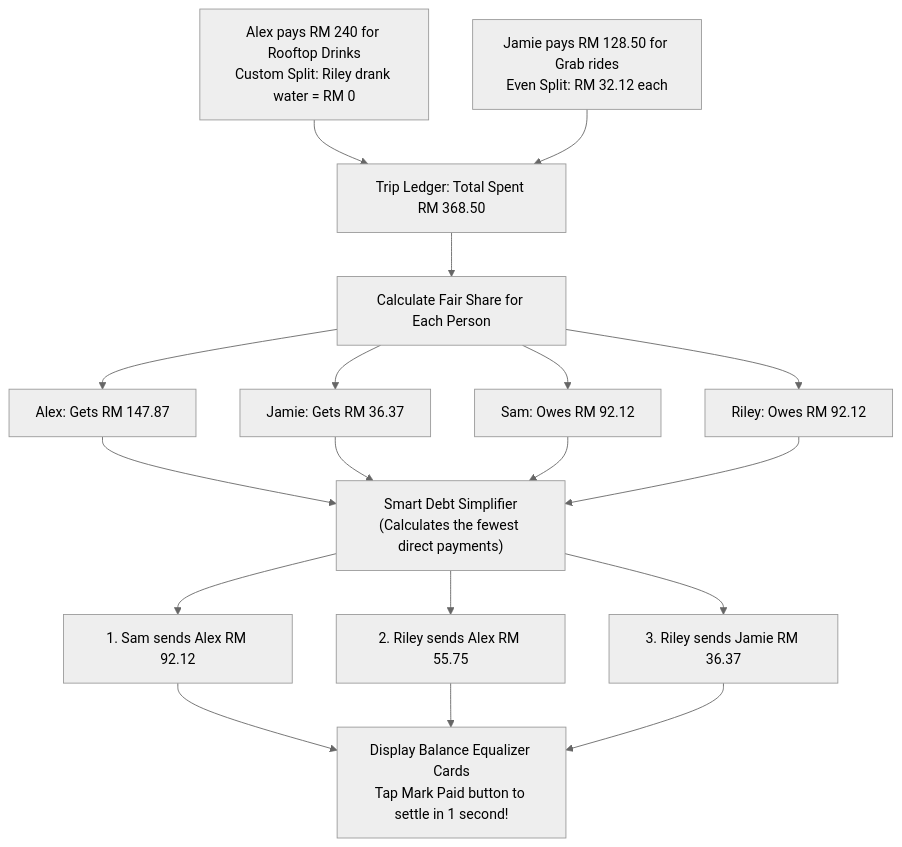
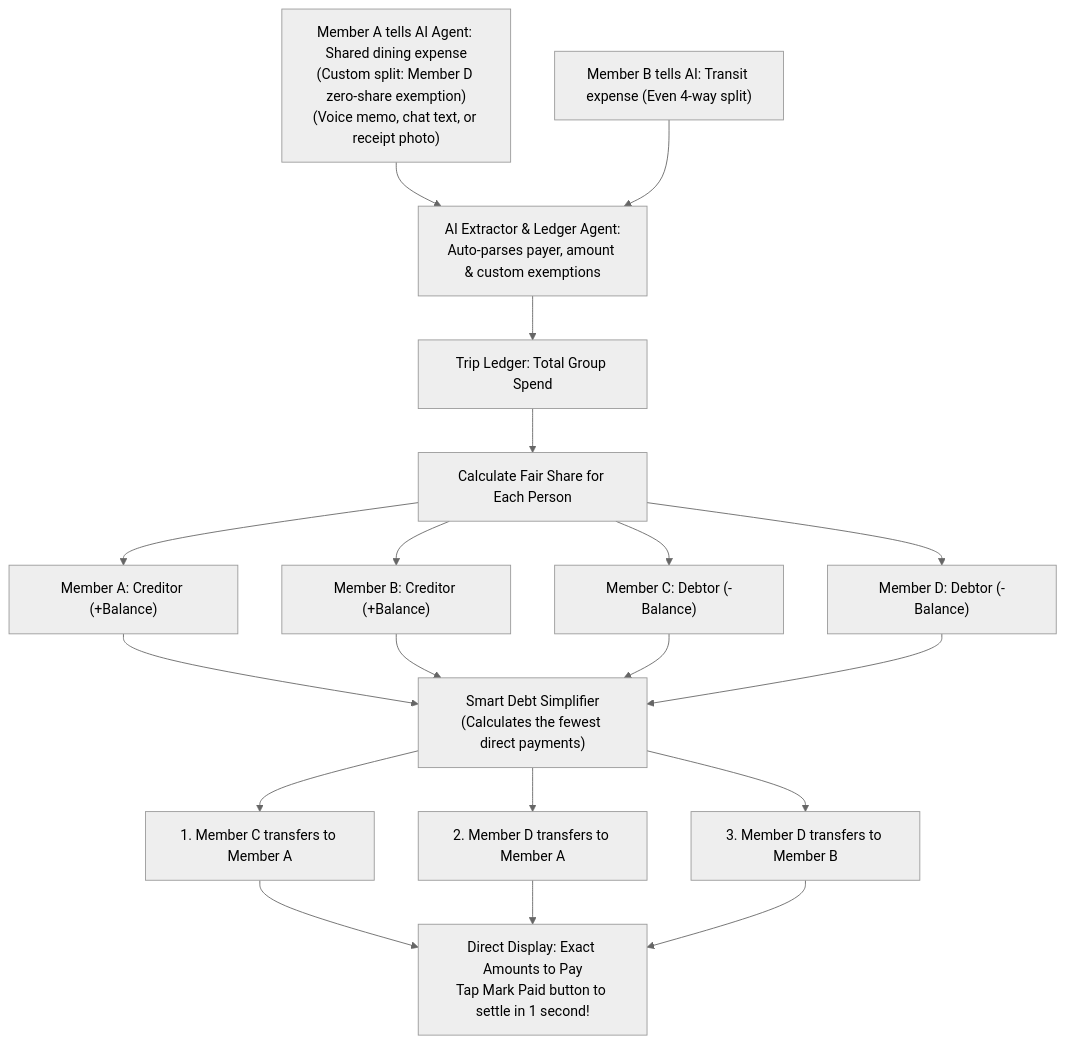
Diagram 13 of 21 in README.md (nlzce/We-are-the-champions_Plan-B), drawn with Mermaid (neutral theme) before and after one commit. The commit also changed other lines of this file, not shown here.

Commit message:
docs: update README with multi-agent architecture, 22-screen journey, and zero-form intake

````diff
--- a/README.md
+++ b/README.md
@@ -319,24 +428,24 @@
 ```mermaid
 flowchart TD
-  Receipt1["Alex pays RM 240 for Rooftop Drinks<br/>Custom Split: Riley drank water = RM 0"] --> MoneyLedger["Trip Ledger: Total Spent RM 368.50"]
-  Receipt2["Jamie pays RM 128.50 for Grab rides<br/>Even Split: RM 32.12 each"] --> MoneyLedger
+  Receipt1["Member A tells AI Agent: Shared dining expense<br/>(Custom split: Member D zero-share exemption)<br/>(Voice memo, chat text, or receipt photo)"] --> AIParse["AI Extractor & Ledger Agent:<br/>Auto-parses payer, amount & custom exemptions"]
+  Receipt2["Member B tells AI: Transit expense (Even 4-way split)"] --> AIParse
+  AIParse --> MoneyLedger["Trip Ledger: Total Group Spend"]
 
   MoneyLedger --> BalanceMath["Calculate Fair Share for Each Person"]
-  BalanceMath --> S1["Alex: Gets RM 147.87"]
-  BalanceMath --> S2["Jamie: Gets RM 36.37"]
-  BalanceMath --> S3["Sam: Owes RM 92.12"]
-  BalanceMath --> S4["Riley: Owes RM 92.12"]
+  BalanceMath --> S1["Member A: Creditor (+Balance)"]
+  BalanceMath --> S2["Member B: Creditor (+Balance)"]
+  BalanceMath --> S3["Member C: Debtor (-Balance)"]
+  BalanceMath --> S4["Member D: Debtor (-Balance)"]
 
   S1 --> SmartSettlement["Smart Debt Simplifier<br/>(Calculates the fewest direct payments)"]
   S2 --> SmartSettlement
   S3 --> SmartSettlement
   S4 --> SmartSettlement
 
-  SmartSettlement --> Pay1["1. Sam sends Alex RM 92.12"]
-  SmartSettlement --> Pay2["2. Riley sends Alex RM 55.75"]
-  SmartSettlement --> Pay3["3. Riley sends Jamie RM 36.37"]
-
-  Pay1 --> CardUI["Display Balance Equalizer Cards<br/>Tap Mark Paid button to settle in 1 second!"]
+  SmartSettlement --> Pay1["1. Member C transfers to Member A"]
+  Pay1 --> CardUI["Direct Display: Exact Amounts to Pay<br/>Tap Mark Paid button to settle in 1 second!"]
+  SmartSettlement --> Pay2["2. Member D transfers to Member A"]
   Pay2 --> CardUI
+  SmartSettlement --> Pay3["3. Member D transfers to Member B"]
   Pay3 --> CardUI
 ```
````
